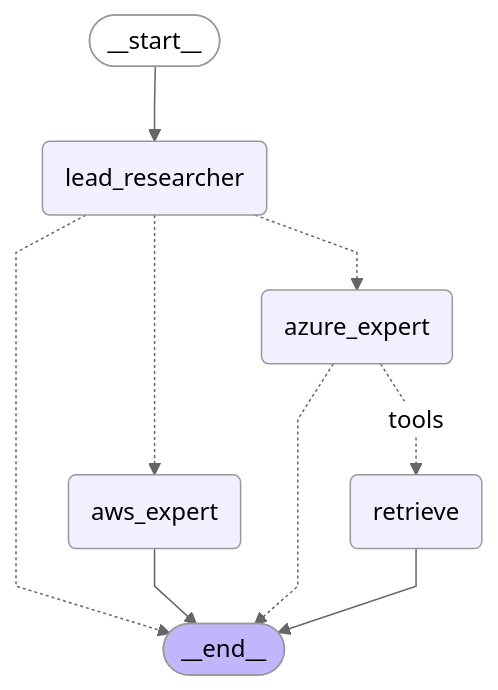
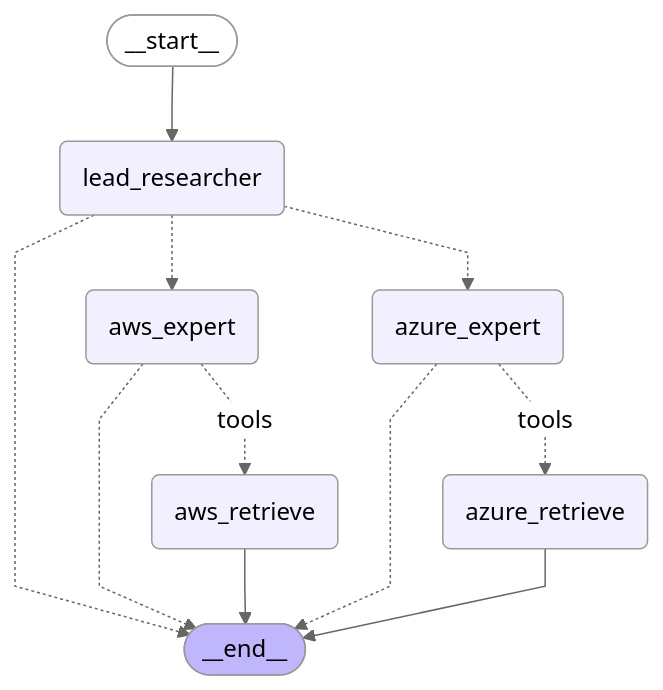
Before and after one commit to EmersonFariaOliveira/AI-Engineering: the diagram in app/graph_diagrams/flow.mmd, drawn with Mermaid (neutral theme). The commit also changed 7 other files, not shown here.

Commit message:
Creation of aws expert | Toolnode logic updated

```diff
--- a/app/graph_diagrams/flow.mmd
+++ b/app/graph_diagrams/flow.mmd
@@ -1,23 +1,26 @@
 ---
 config:
   flowchart:
     curve: linear
 ---
 graph TD;
 	__start__([<p>__start__</p>]):::first
 	lead_researcher(lead_researcher)
 	aws_expert(aws_expert)
+	aws_retrieve(aws_retrieve)
 	azure_expert(azure_expert)
-	retrieve(retrieve)
+	azure_retrieve(azure_retrieve)
 	__end__([<p>__end__</p>]):::last
 	__start__ --> lead_researcher;
+	aws_expert -.-> __end__;
+	aws_expert -. &nbsp;tools&nbsp; .-> aws_retrieve;
 	azure_expert -.-> __end__;
-	azure_expert -. &nbsp;tools&nbsp; .-> retrieve;
+	azure_expert -. &nbsp;tools&nbsp; .-> azure_retrieve;
 	lead_researcher -.-> __end__;
 	lead_researcher -.-> aws_expert;
 	lead_researcher -.-> azure_expert;
-	aws_expert --> __end__;
-	retrieve --> __end__;
+	aws_retrieve --> __end__;
+	azure_retrieve --> __end__;
 	classDef default fill:#f2f0ff,line-height:1.2
 	classDef first fill-opacity:0
 	classDef last fill:#bfb6fc
```
